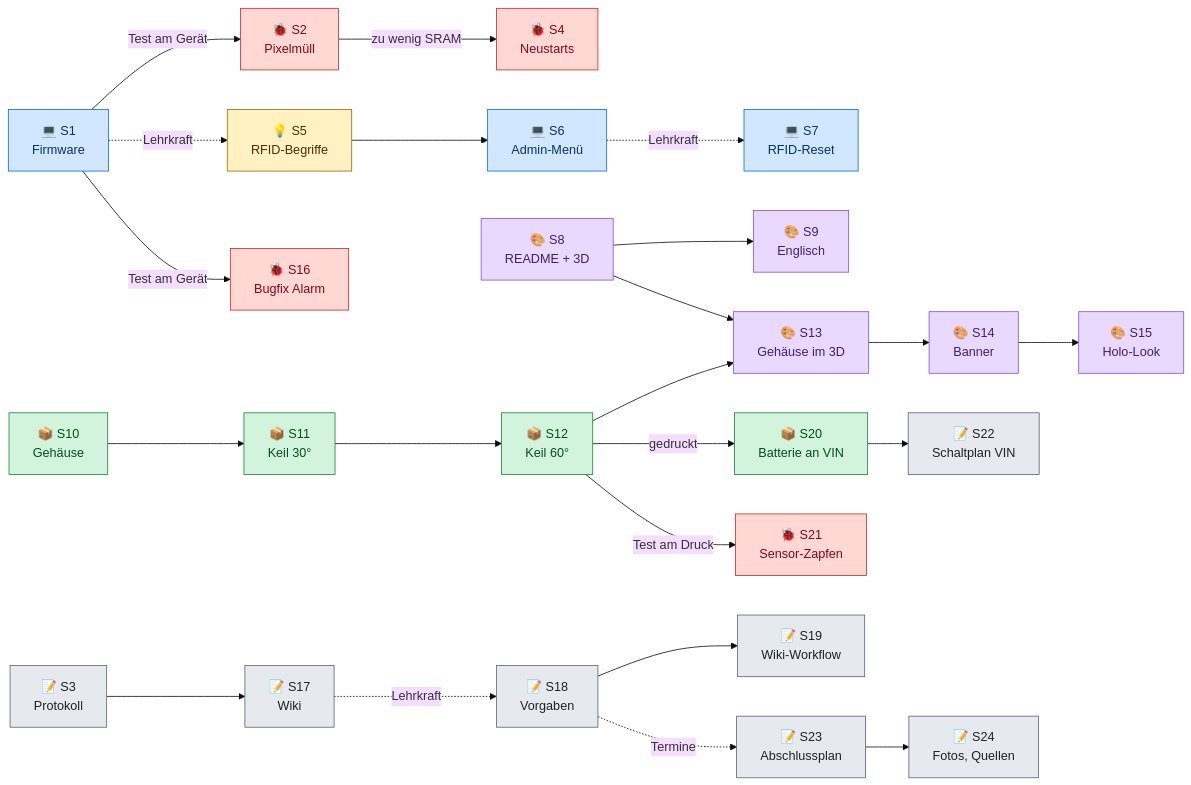
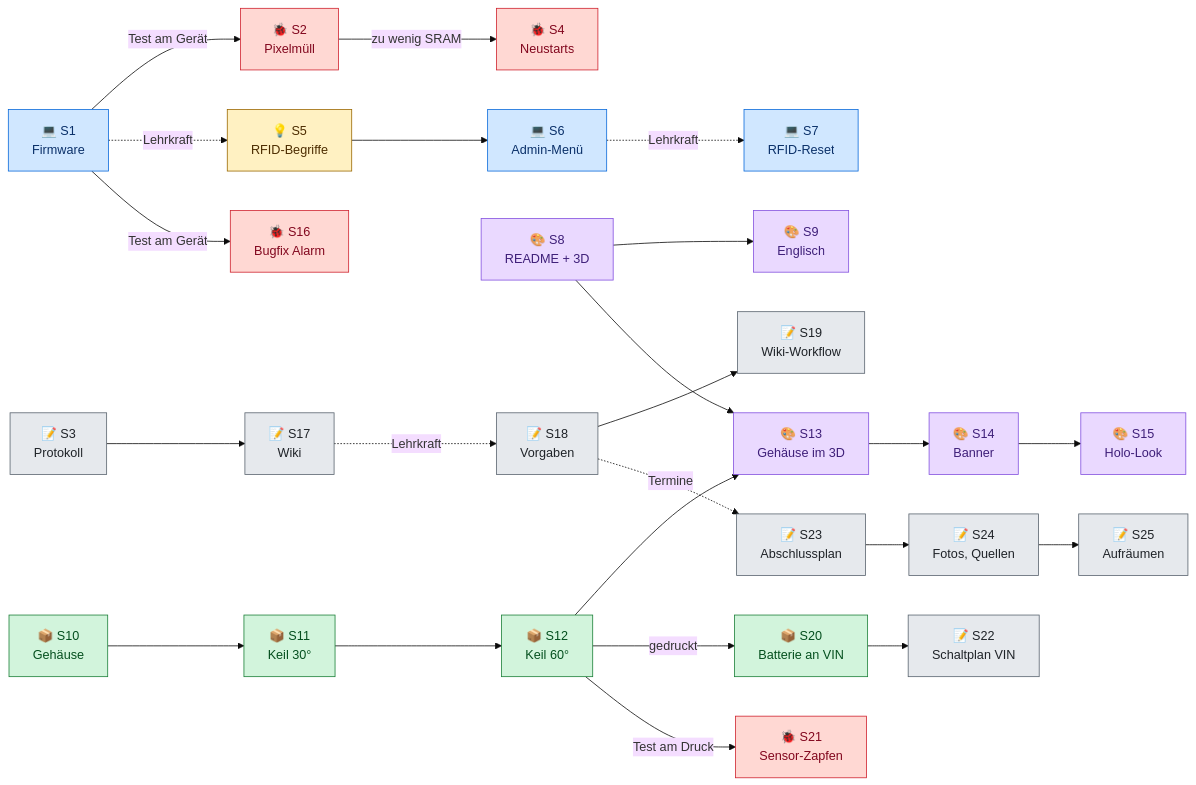
Before and after one commit to BBZ-AIFS51/LF7-Projekt_GAS: the second of 3 diagrams in wiki/Entwicklungsverlauf.md, drawn with Mermaid (base theme). The commit also changed other lines of this file and 25 other files, not shown here.

````diff
--- a/wiki/Entwicklungsverlauf.md
+++ b/wiki/Entwicklungsverlauf.md
@@ -65,57 +64,58 @@
 ```mermaid
 flowchart LR
     P1["💻 S1<br/>Firmware"]
     P2["🐞 S2<br/>Pixelmüll"]
     P3["📝 S3<br/>Protokoll"]
     P4["🐞 S4<br/>Neustarts"]
     P5["💡 S5<br/>RFID-Begriffe"]
     P6["💻 S6<br/>Admin-Menü"]
     P7["💻 S7<br/>RFID-Reset"]
     P8["🎨 S8<br/>README + 3D"]
     P9["🎨 S9<br/>Englisch"]
     P10["📦 S10<br/>Gehäuse"]
     P11["📦 S11<br/>Keil 30°"]
     P12["📦 S12<br/>Keil 60°"]
     P13["🎨 S13<br/>Gehäuse im 3D"]
     P14["🎨 S14<br/>Banner"]
     P15["🎨 S15<br/>Holo-Look"]
     P16["🐞 S16<br/>Bugfix Alarm"]
     P17["📝 S17<br/>Wiki"]
     P18["📝 S18<br/>Vorgaben"]
     P19["📝 S19<br/>Wiki-Workflow"]
     P20["📦 S20<br/>Batterie an VIN"]
     P21["🐞 S21<br/>Sensor-Zapfen"]
     P22["📝 S22<br/>Schaltplan VIN"]
     P23["📝 S23<br/>Abschlussplan"]
     P24["📝 S24<br/>Fotos, Quellen"]
+    P25["📝 S25<br/>Aufräumen"]
 
     P1 -- "Test am Gerät" --> P2 -- "zu wenig SRAM" --> P4
     P1 -. "Lehrkraft" .-> P5 --> P6
     P6 -. "Lehrkraft" .-> P7
     P1 -- "Test am Gerät" --> P16
     P8 --> P9
     P8 --> P13
     P10 --> P11 --> P12 --> P13
     P12 -- "gedruckt" --> P20
     P12 -- "Test am Druck" --> P21
     P20 --> P22
     P13 --> P14 --> P15
     P3 --> P17
     P17 -. "Lehrkraft" .-> P18
     P18 --> P19
     P18 -. "Termine" .-> P23
-    P23 --> P24
+    P23 --> P24 --> P25
 
     classDef fw fill:#d0e7ff,stroke:#0969da,color:#0a3069
     classDef bug fill:#ffd8d3,stroke:#cf222e,color:#82071e
     classDef info fill:#fff1c2,stroke:#9a6700,color:#4d2d00
     classDef vis fill:#ead9ff,stroke:#8250df,color:#3e1f79
     classDef box fill:#d2f4dc,stroke:#1a7f37,color:#044f1e
     classDef doc fill:#e6e9ed,stroke:#59636e,color:#1f2328
     class P1,P6,P7 fw
     class P2,P4,P16,P21 bug
     class P5 info
     class P8,P9,P13,P14,P15 vis
     class P10,P11,P12,P20 box
-    class P3,P17,P18,P19,P22,P23,P24 doc
+    class P3,P17,P18,P19,P22,P23,P24,P25 doc
 ```
````
